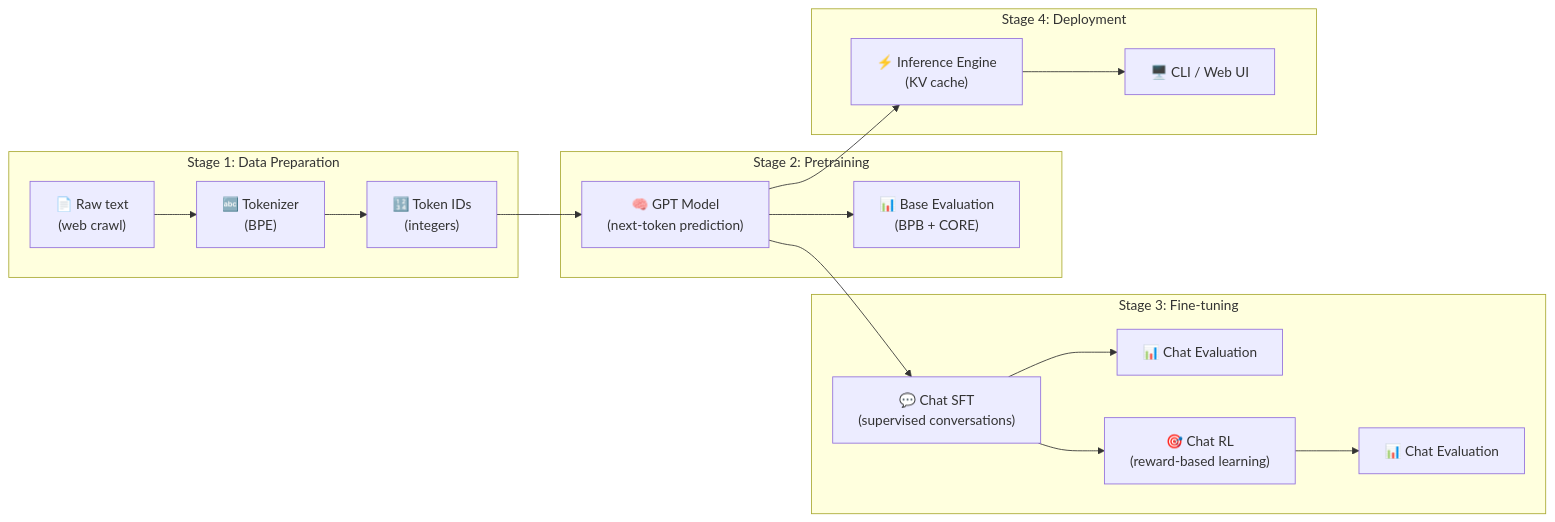
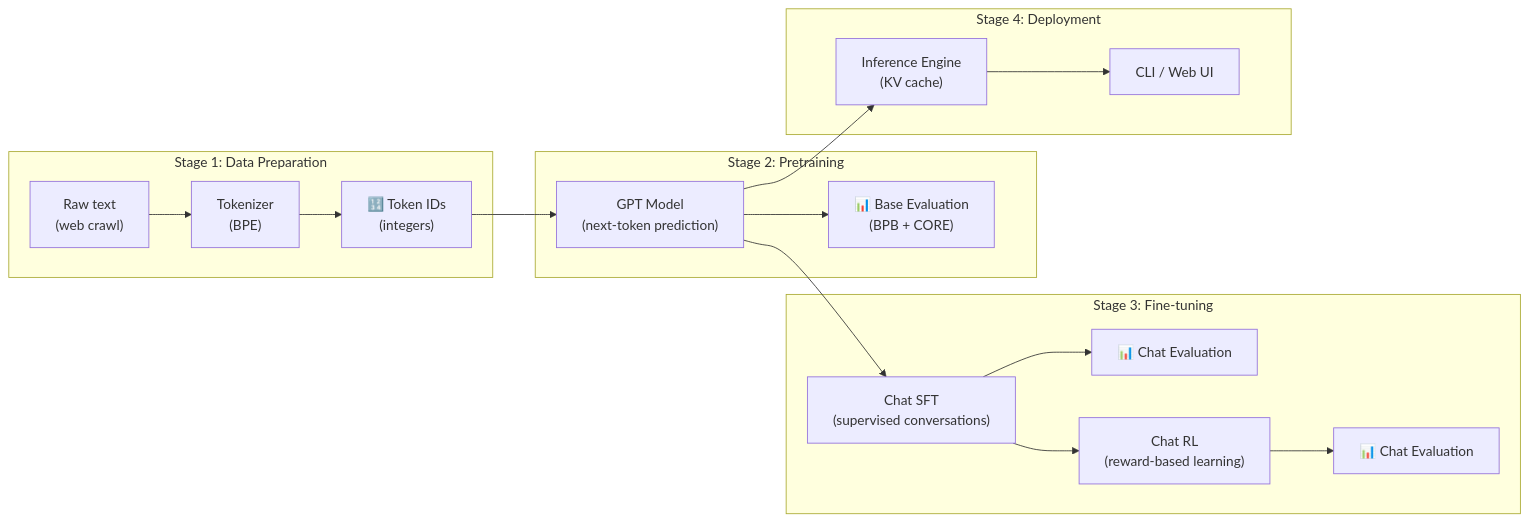
Before and after one commit to meever/nanochat: the first of 3 diagrams in learn/00_intro.md, drawn with Mermaid. The commit also changed other lines of this file and 11 other files, not shown here.

````diff
--- a/learn/00_intro.md
+++ b/learn/00_intro.md
@@ -30,24 +30,24 @@
 ```mermaid
 flowchart LR
   subgraph Stage1["Stage 1: Data Preparation"]
-    A["📄 Raw text\n(web crawl)"] --> B["🔤 Tokenizer\n(BPE)"]
+    A[" Raw text\n(web crawl)"] --> B[" Tokenizer\n(BPE)"]
     B --> C["🔢 Token IDs\n(integers)"]
   end
 
   subgraph Stage2["Stage 2: Pretraining"]
-    C --> D["🧠 GPT Model\n(next-token prediction)"]
+    C --> D[" GPT Model\n(next-token prediction)"]
     D --> E["📊 Base Evaluation\n(BPB + CORE)"]
   end
 
   subgraph Stage3["Stage 3: Fine-tuning"]
-    D --> F["💬 Chat SFT\n(supervised conversations)"]
+    D --> F[" Chat SFT\n(supervised conversations)"]
     F --> G["📊 Chat Evaluation"]
-    F --> H["🎯 Chat RL\n(reward-based learning)"]
+    F --> H[" Chat RL\n(reward-based learning)"]
     H --> I["📊 Chat Evaluation"]
   end
 
   subgraph Stage4["Stage 4: Deployment"]
-    D --> J["⚡ Inference Engine\n(KV cache)"]
-    J --> K["🖥️ CLI / Web UI"]
+    D --> J[" Inference Engine\n(KV cache)"]
+    J --> K[" CLI / Web UI"]
   end
 ```
````
